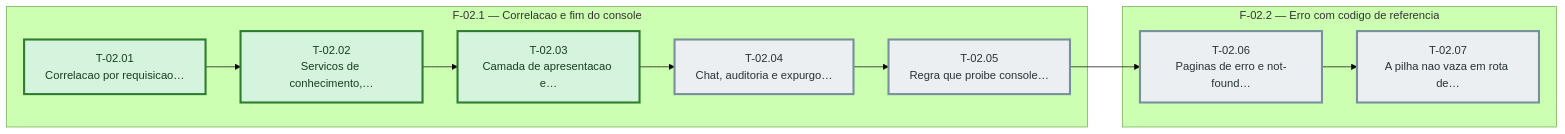
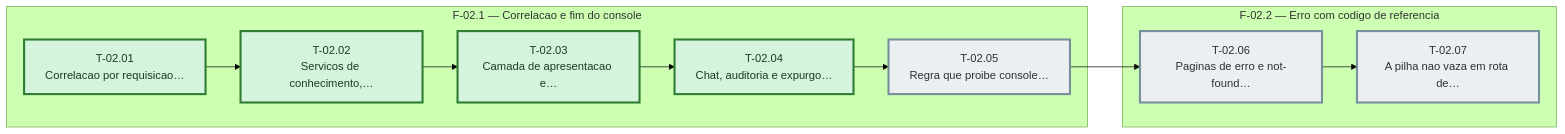
One commit to bittencourtthulio/converse-chatbot changed the diagram in docs/operacao-e-backup/sprint-02/fases.md. Above: the diagram before and after it, drawn with Mermaid (forest theme). The commit also changed 11 other files, not shown here.

````diff
--- a/docs/operacao-e-backup/sprint-02/fases.md
+++ b/docs/operacao-e-backup/sprint-02/fases.md
@@ -31,36 +31,36 @@
 ```mermaid
 %% Grafo de tasks — sprint-02 — gerado pela sprintx a partir de tasks.md
 flowchart LR
   subgraph fase_02_1["F-02.1 — Correlacao e fim do console"]
     T_02_01["T-02.01<br/>Correlacao por requisicao…"]
     T_02_02["T-02.02<br/>Servicos de conhecimento,…"]
     T_02_03["T-02.03<br/>Camada de apresentacao e…"]
     T_02_04["T-02.04<br/>Chat, auditoria e expurgo…"]
     T_02_05["T-02.05<br/>Regra que proibe console…"]
   end
   subgraph fase_02_2["F-02.2 — Erro com codigo de referencia"]
     T_02_06["T-02.06<br/>Paginas de erro e not-found…"]
     T_02_07["T-02.07<br/>A pilha nao vaza em rota de…"]
   end
   T_02_01 --> T_02_02
   T_02_02 --> T_02_03
   T_02_03 --> T_02_04
   T_02_04 --> T_02_05
   T_02_05 --> T_02_06
   T_02_06 --> T_02_07
 
   classDef concluida fill:#d4f4dd,stroke:#2e7d32,color:#1b3d20
   classDef andamento fill:#fff3cd,stroke:#b8860b,color:#4a3800
   classDef bloqueada fill:#f8d7da,stroke:#c62828,color:#4a1d1f
   classDef pendente  fill:#eceff1,stroke:#78909c,color:#263238
   classDef critico   stroke-width:3px
 
   class T_02_01 concluida
   class T_02_02 concluida
   class T_02_03 concluida
-  class T_02_04 pendente
+  class T_02_04 concluida
   class T_02_05 pendente
   class T_02_06 pendente
   class T_02_07 pendente
   class T_02_07,T_02_06,T_02_05,T_02_04,T_02_03,T_02_02,T_02_01 critico
 ```
````
